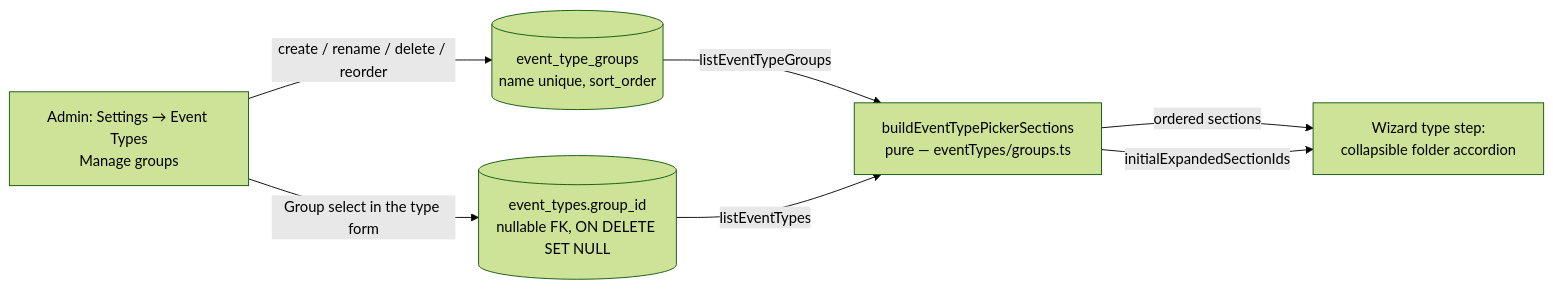
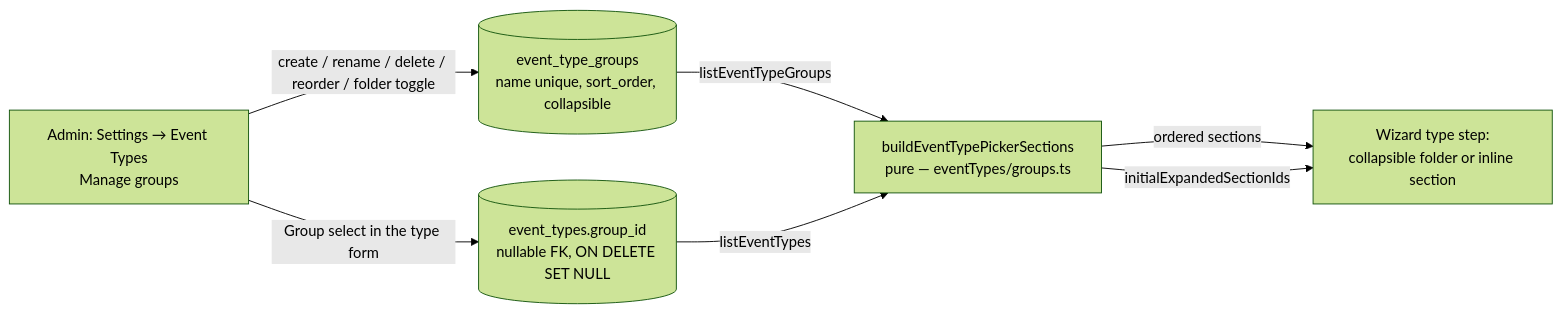
The fourth of 4 diagrams in docs/event-lifecycle.md (oncloudnintynineone-source/cloudy2), drawn with Mermaid (forest theme) before and after one commit. The commit also changed other lines of this file and 16 other files, not shown here.

Commit message:
Let event-type groups opt out of the collapsible folder

````diff
--- a/docs/event-lifecycle.md
+++ b/docs/event-lifecycle.md
@@ -717,9 +717,9 @@
 ```mermaid
 flowchart LR
- A[Admin: Settings → Event Types<br/>Manage groups] -->|create / rename / delete / reorder| G[(event_type_groups<br/>name unique, sort_order)]
+ A[Admin: Settings → Event Types<br/>Manage groups] -->|create / rename / delete / reorder / folder toggle| G[(event_type_groups<br/>name unique, sort_order, collapsible)]
  A -->|Group select in the type form| T[(event_types.group_id<br/>nullable FK, ON DELETE SET NULL)]
  G -->|listEventTypeGroups| P[buildEventTypePickerSections<br/>pure — eventTypes/groups.ts]
  T -->|listEventTypes| P
- P -->|ordered sections| W[Wizard type step:<br/>collapsible folder accordion]
+ P -->|ordered sections| W[Wizard type step:<br/>collapsible folder or inline section]
  P -->|initialExpandedSectionIds| W
 ```
````
